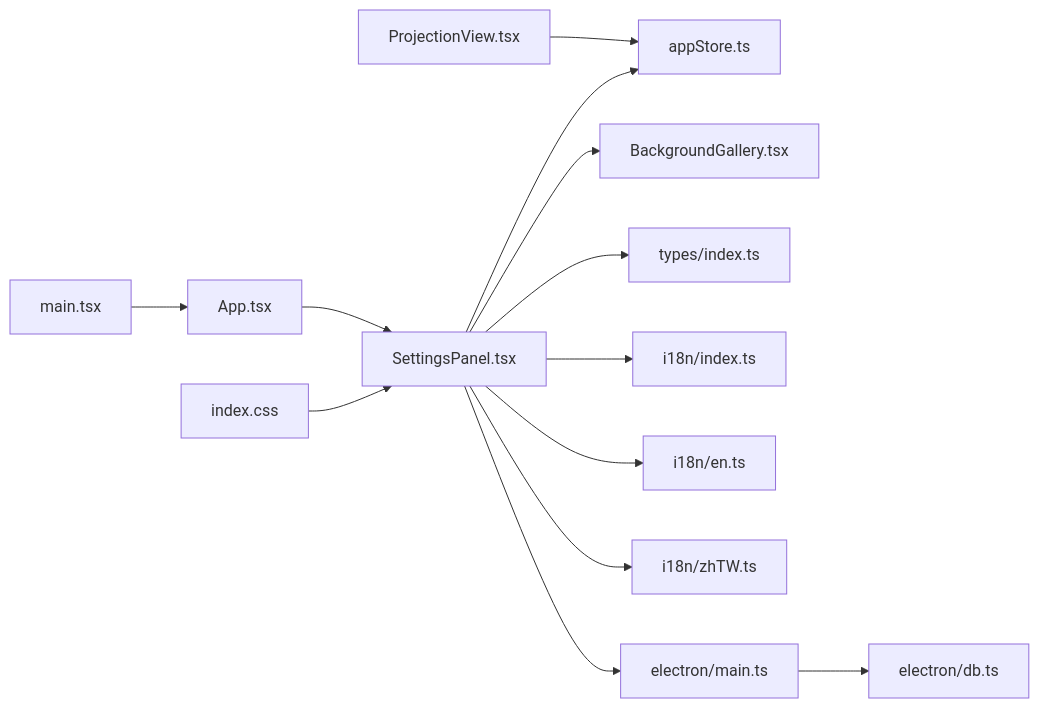
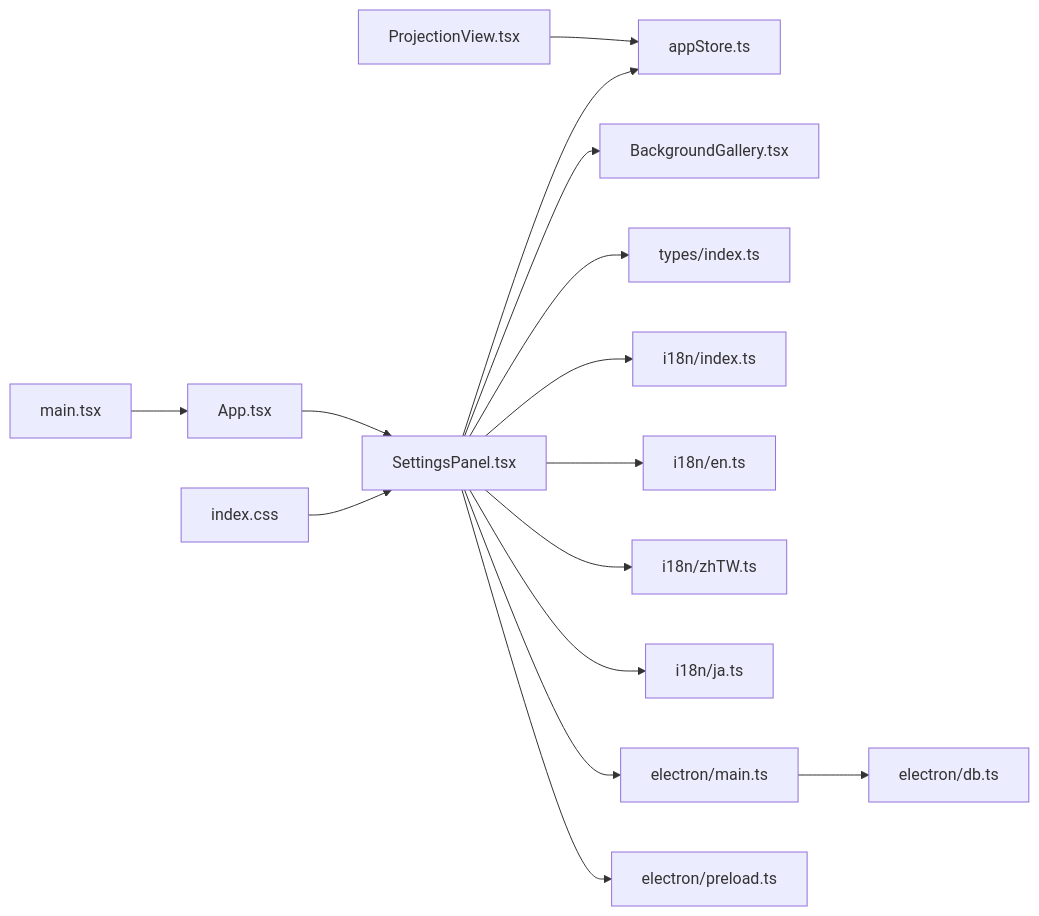
Diagram 12 of 12 in .qoder/repowiki/en/content/User Interface Components/Settings and Configuration Component.md (jimmywyk/lyricdeck), drawn with Mermaid before and after one commit. The commit also changed other lines of this file and 9 other files, not shown here.

````diff
--- a/.qoder/repowiki/en/content/User Interface Components/Settings and Configuration Component.md
+++ b/.qoder/repowiki/en/content/User Interface Components/Settings and Configuration Component.md
@@ -381,15 +559,17 @@
 ```mermaid
 graph LR
 SP["SettingsPanel.tsx"] --> AS["appStore.ts"]
 SP --> BG["BackgroundGallery.tsx"]
 SP --> T["types/index.ts"]
 SP --> I18N["i18n/index.ts"]
 SP --> I18N_EN["i18n/en.ts"]
 SP --> I18N_ZH["i18n/zhTW.ts"]
+SP --> I18N_JA["i18n/ja.ts"]
 SP --> EM["electron/main.ts"]
+SP --> PRELOAD["electron/preload.ts"]
 EM --> DB["electron/db.ts"]
 PV["ProjectionView.tsx"] --> AS
 ICSS["index.css"] --> SP
 APP["App.tsx"] --> SP
 MAIN_APP["main.tsx"] --> APP
 ```
````
